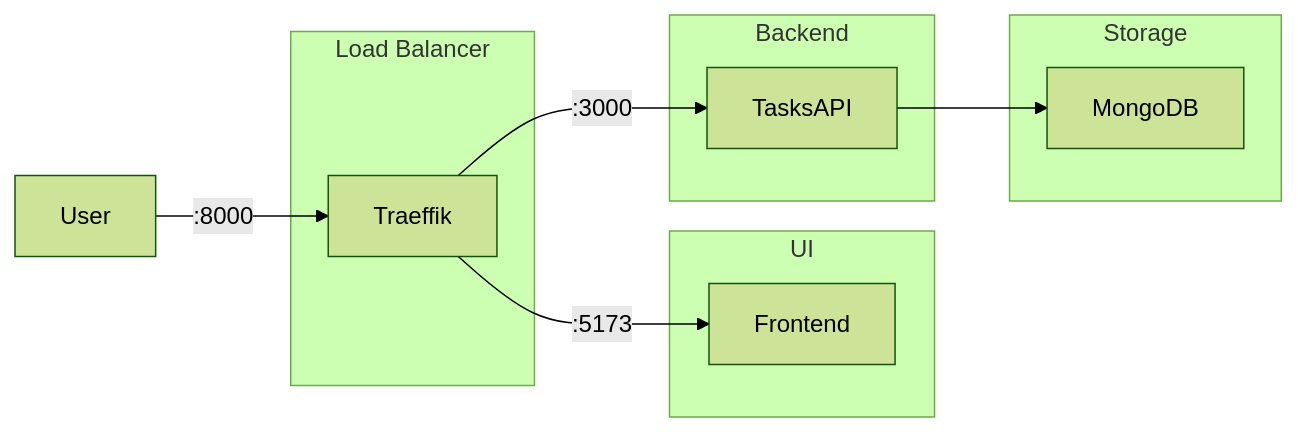
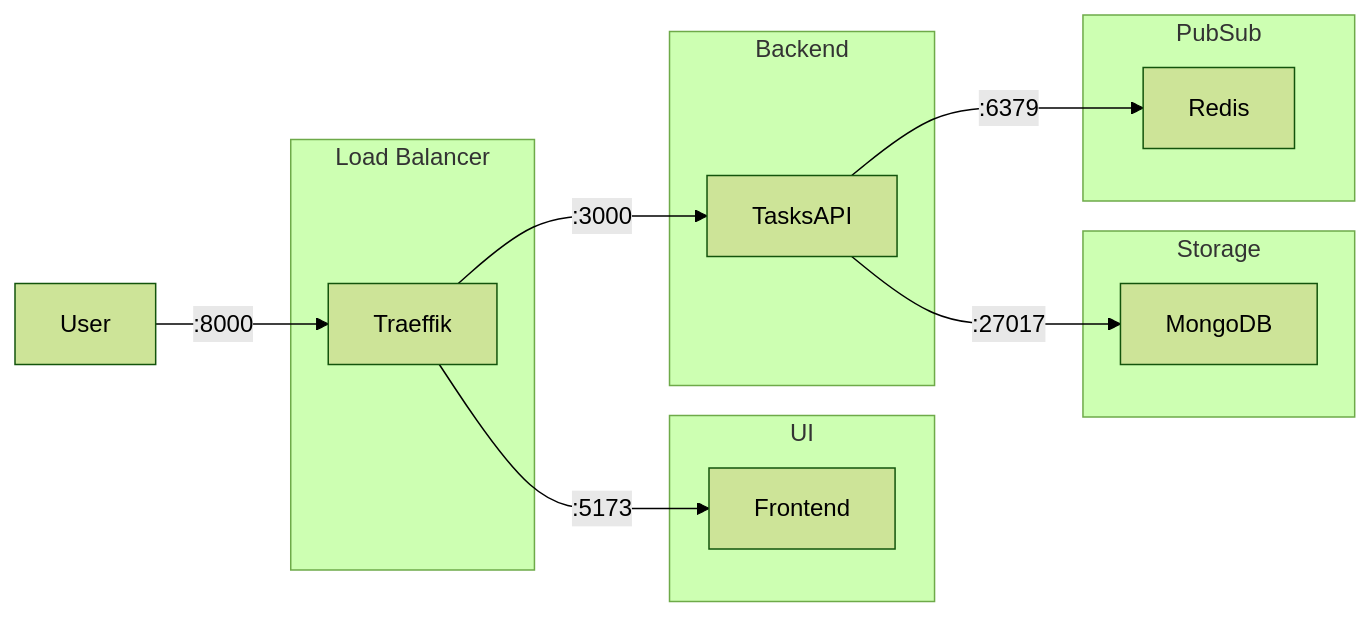
Before and after one commit to bespinian/insanely-complex-todo: the diagram in README.md, drawn with Mermaid (forest theme). The commit also changed other lines of this file and 2 other files, not shown here.

Commit message:
add redis event queue

````diff
--- a/README.md
+++ b/README.md
@@ -28,22 +33,27 @@
 ```mermaid
 graph LR;
     subgraph UI
         Frontend
     end
 
     subgraph Storage
         MongoDB
     end
 
+    subgraph PubSub
+        Redis
+    end
+
     subgraph Backend
-        TasksAPI --> MongoDB
+        TasksAPI -- :27017 --> MongoDB
+        TasksAPI -- :6379 --> Redis
     end
 
     subgraph lb[Load Balancer]
         Traeffik-- :5173 --> Frontend
         Traeffik-- :3000 --> TasksAPI
     end
 
 
     User-- :8000 --> Traeffik
 ```
````
